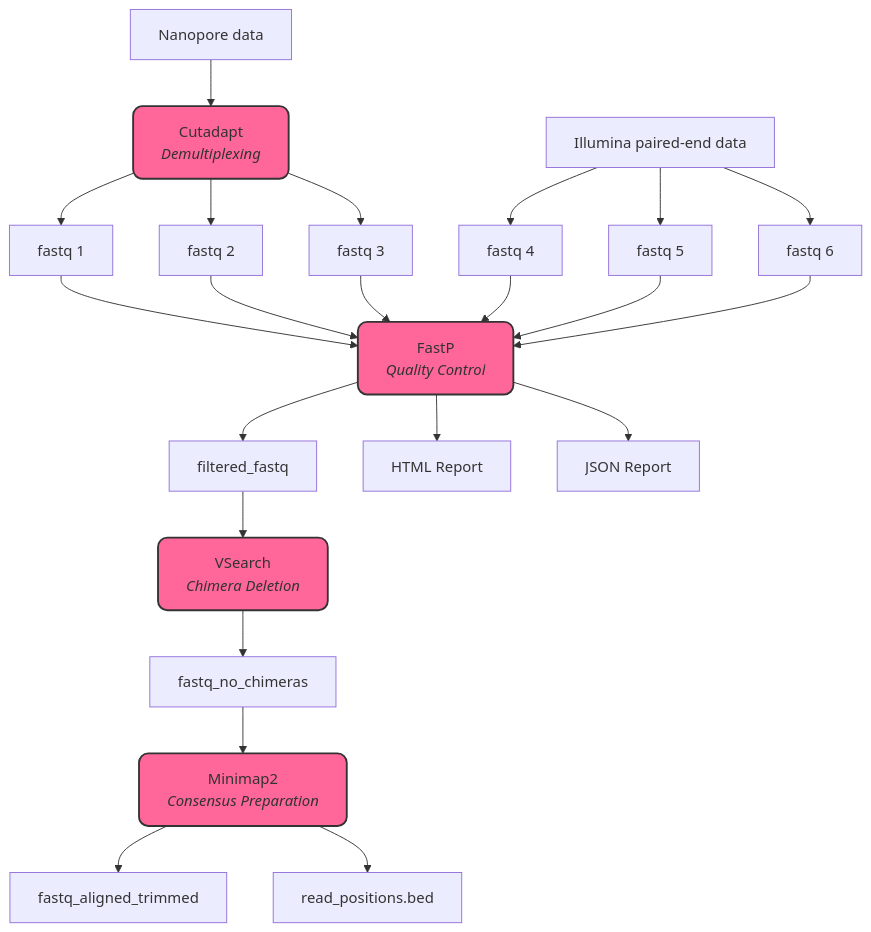
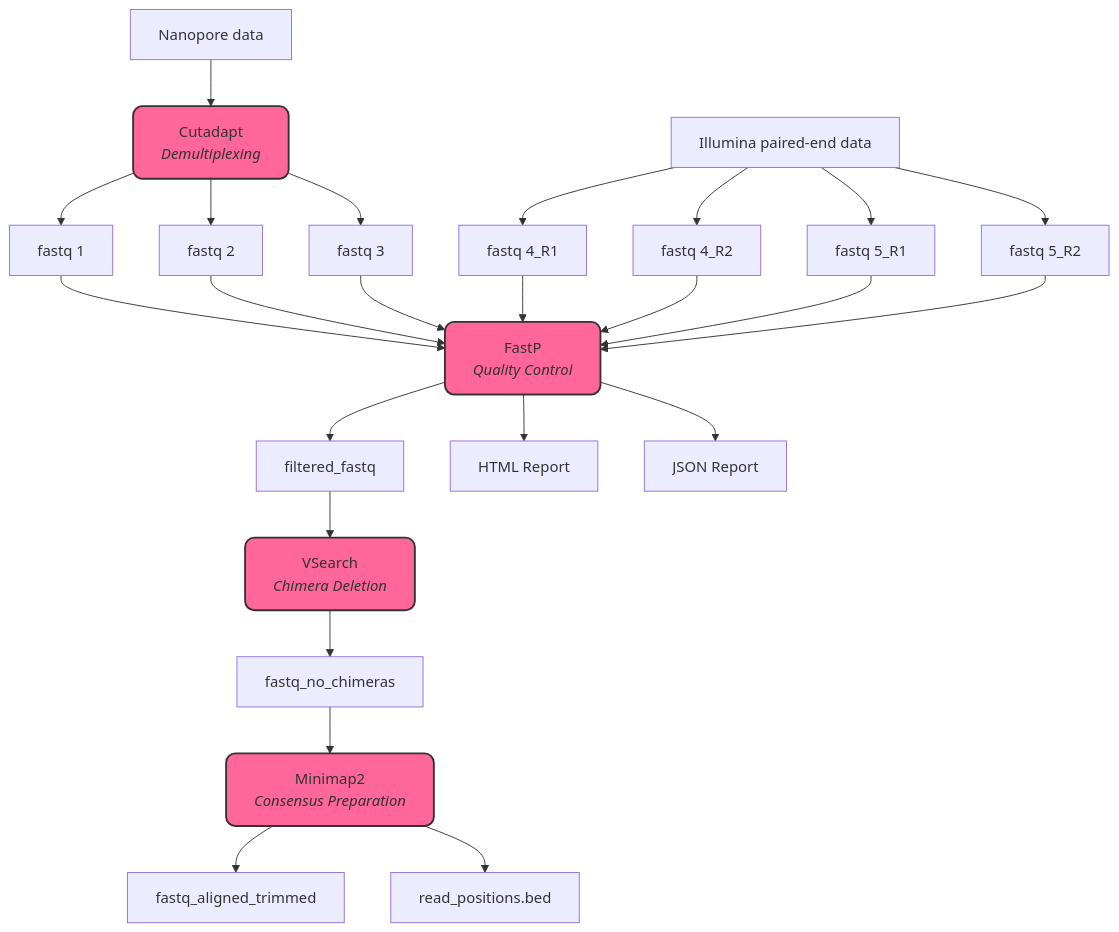
One commit to Luis7orres/Pipeline_4 changed the diagram in README.md. Above: the diagram before and after it, drawn with Mermaid. The commit also changed other lines of this file, not shown here.

Commit message:
Change README flowchart

````diff
--- a/README.md
+++ b/README.md
@@ -21,68 +21,71 @@
 ```mermaid
 flowchart TD
     %% Define nodes
     A[Nanopore data] 
     B[Illumina paired-end data] 
 
     demultiplex[Cutadapt<br><i>Demultiplexing</i>]:::color3
     fastq1[fastq 1]
     fastq2[fastq 2]
     fastq3[fastq 3]
 
-    fastq4[fastq 4]
-    fastq5[fastq 5]
-    fastq6[fastq 6]
+    fastq4_R1[fastq 4_R1]
+    fastq4_R2[fastq 4_R2]
+    fastq5_R1[fastq 5_R1]
+    fastq5_R2[fastq 5_R2]
 
     QC[FastP<br><i>Quality Control</i>]:::color3
     filtered_fastq[filtered_fastq]
     
     QC_HTML[HTML Report]
     QC_JSON[JSON Report]
 
     Chimera[VSearch<br><i>Chimera Deletion</i>]:::color3
     fastq_no_chimeras[fastq_no_chimeras]
 
     Consensus[Minimap2<br><i>Consensus Preparation</i>]:::color3
     fastq_aligned_trimmed[fastq_aligned_trimmed]
     read_positions_bed[read_positions.bed]
 
     %% Define styles for colored nodes
     classDef color3 fill:#ff6699,stroke:#333,stroke-width:2px;
     classDef oval fill:#ff6699, stroke:#333, stroke-width:2px, rx:10px, ry:10px;
 
     %% Define oval styles for all processes
     class demultiplex oval;
     class QC oval;
     class Chimera oval;
     class Consensus oval;
 
     %% Define links
     A --> demultiplex
     demultiplex --> fastq1
     demultiplex --> fastq2
     demultiplex --> fastq3
 
-    B --> fastq4
-    B --> fastq5
-    B --> fastq6
+    B --> fastq4_R1
+    B --> fastq4_R2
+    B --> fastq5_R1
+    B --> fastq5_R2
 
     fastq1 --> QC
     fastq2 --> QC
     fastq3 --> QC
-    fastq4 --> QC
-    fastq5 --> QC
-    fastq6 --> QC
+    fastq4_R1 --> QC
+    fastq4_R2 --> QC
+    fastq5_R1 --> QC
+    fastq5_R2 --> QC
 
     QC --> filtered_fastq
 
     filtered_fastq --> Chimera
     Chimera --> fastq_no_chimeras
 
     fastq_no_chimeras --> Consensus
     Consensus --> fastq_aligned_trimmed
     Consensus --> read_positions_bed
 
     %% Position the reports
     QC --> QC_HTML
     QC --> QC_JSON
 ```
````
